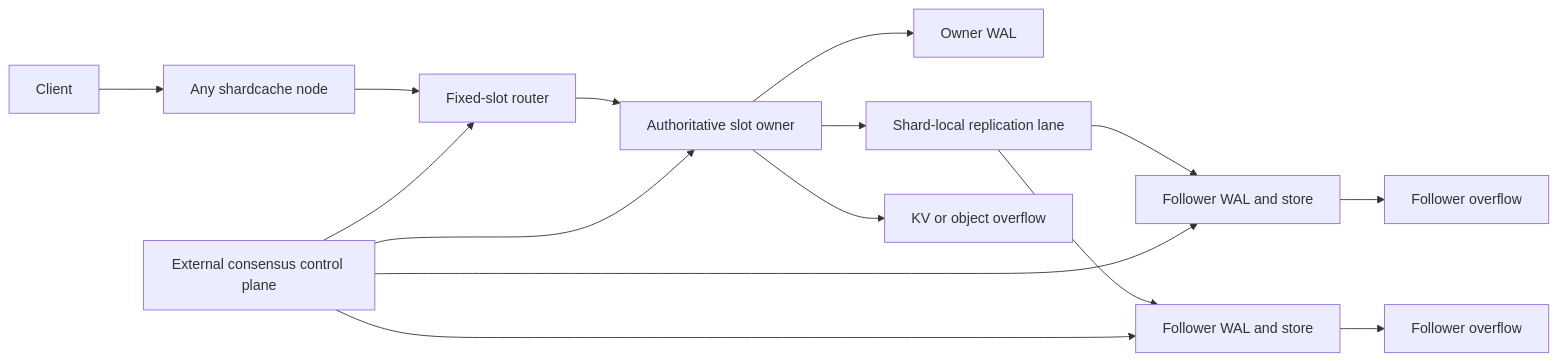
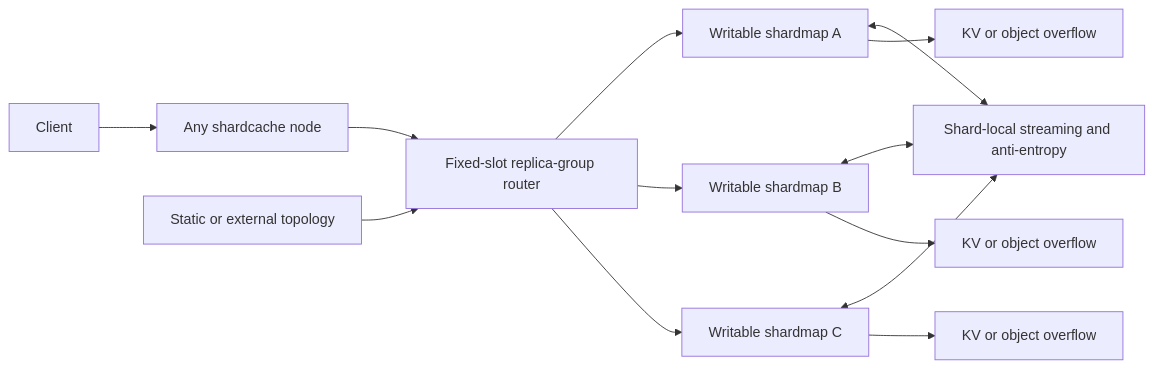
Before and after one commit to d-tietjen/shard-kv: the diagram in docs/ACTIVE_ACTIVE_REPLICATION.md, drawn with Mermaid. The commit also changed other lines of this file and 1 other file, not shown here.

````diff
--- a/docs/ACTIVE_ACTIVE_REPLICATION.md
+++ b/docs/ACTIVE_ACTIVE_REPLICATION.md
@@ -129,17 +266,15 @@
 ```mermaid
 flowchart LR
     C["Client"] --> A["Any shardcache node"]
-    A --> R["Fixed-slot router"]
-    R --> O["Authoritative slot owner"]
-    O --> W["Owner WAL"]
-    O --> Q["Shard-local replication lane"]
-    Q --> F1["Follower WAL and store"]
-    Q --> F2["Follower WAL and store"]
-    O --> X["KV or object overflow"]
-    F1 --> X1["Follower overflow"]
-    F2 --> X2["Follower overflow"]
-    CP["External consensus control plane"] --> R
-    CP --> O
-    CP --> F1
-    CP --> F2
+    A --> R["Fixed-slot replica-group router"]
+    R --> N1["Writable shardmap A"]
+    R --> N2["Writable shardmap B"]
+    R --> N3["Writable shardmap C"]
+    N1 <--> S1["Shard-local streaming and anti-entropy"]
+    N2 <--> S1
+    N3 <--> S1
+    N1 --> O1["KV or object overflow"]
+    N2 --> O2["KV or object overflow"]
+    N3 --> O3["KV or object overflow"]
+    T["Static or external topology"] --> R
 ```
````
